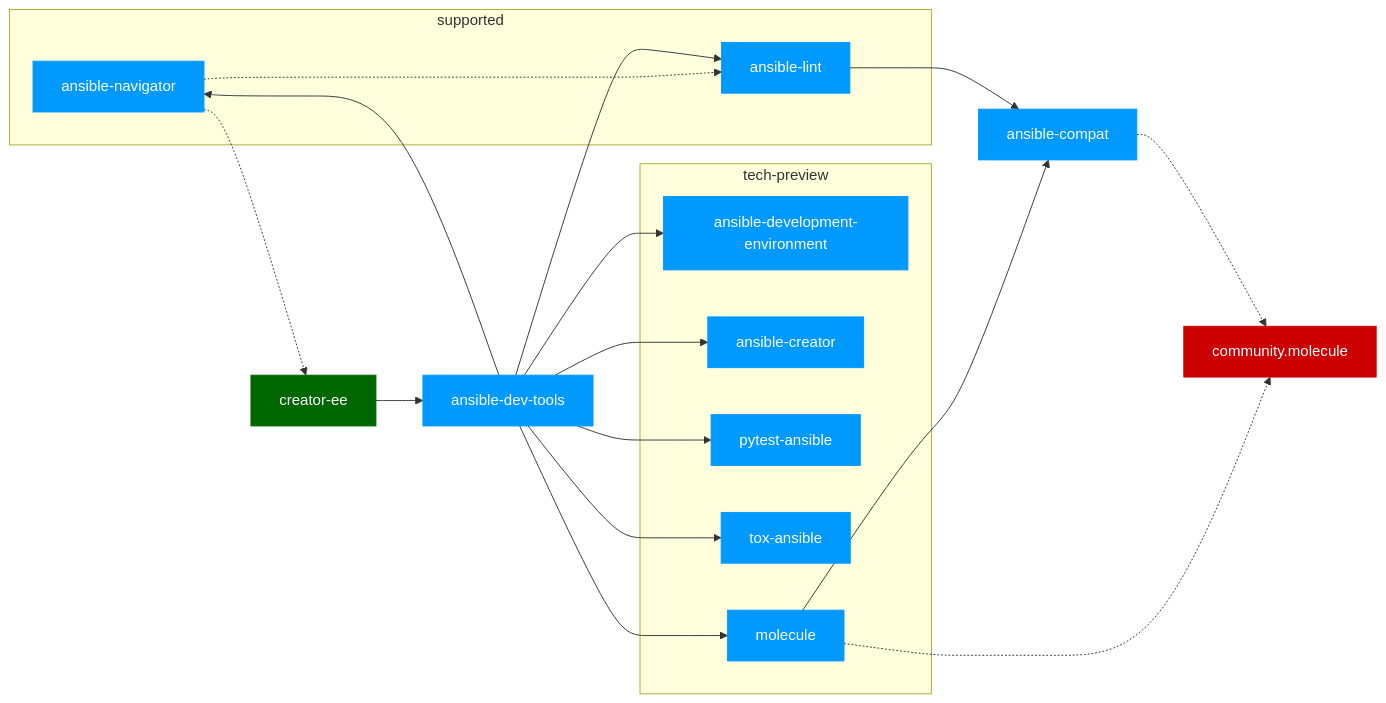
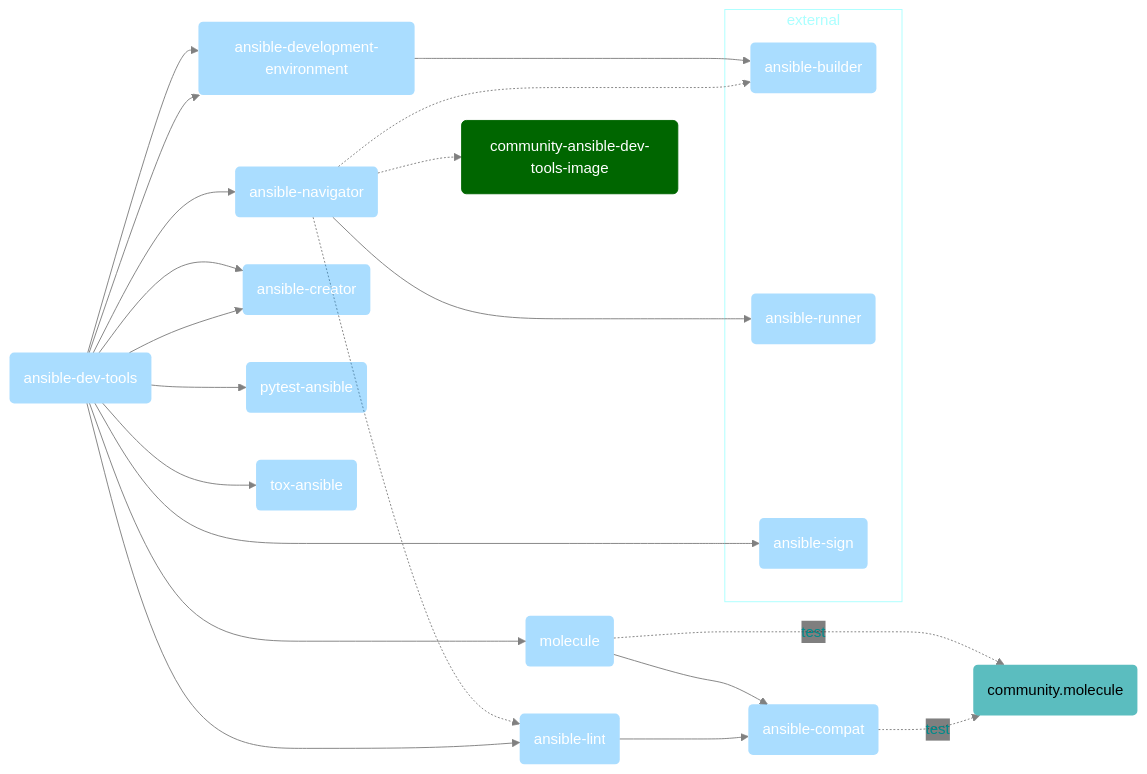
The first of 4 diagrams in README.md (ansible/team-devtools), drawn with Mermaid before and after one commit. The commit also changed other lines of this file and 2 other files, not shown here.

Commit message:
Update list of repositories managed by devtools

````diff
--- a/README.md
+++ b/README.md
@@ -9,64 +14,74 @@
 ```mermaid
-graph LR;
+%%{init: {'theme':'neutral', 'themeVariables': { 'edgeLabelBackground': 'transparent'}}}%%
+graph LR
 
-  classDef tsclass fill:#f90,stroke:#f90,color:#333;
-  classDef containerclass fill:#060,stroke:#060,color:#fff;
-  classDef thirdpartyclass fill:#9f6,stroke:#9f6,color:#333;
-  classDef collectionclass fill:#c00,stroke:#c00,color:#fff;
-  classDef pyclass fill:#09f,stroke:#09f,color:#fff;
+  lint(ansible-lint):::pyclass
+  compat(ansible-compat):::pyclass
+  navigator(ansible-navigator):::pyclass
+  adt(ansible-dev-tools):::pyclass;
+  ade(ansible-development-environment):::pyclass
+  creator(ansible-creator):::pyclass;
+  pytest-ansible(pytest-ansible):::pyclass
+  tox-ansible(tox-ansible):::pyclass
+  molecule(molecule):::pyclass
+  community.molecule(community.molecule):::collectionclass
+  builder(ansible-builder):::pyclass
+  runner(ansible-runner):::pyclass
+  image(community-ansible-dev-tools-image):::containerclass
+  sign(ansible-sign):::pyclass
 
+  classDef tsclass fill:#f90,stroke:#f90,color:#333
+  classDef containerclass fill:#060,stroke:#060,color:#fff
+  classDef collectionclass fill:#5bbdbf,stroke-width:0px
+  classDef pyclass fill:#09f5,stroke:#09f0,color:#fff
+  style external color:#0FF5,fill:#fff0,stroke:#0FF5
+  linkStyle default stroke:grey,text-decoration:none
 
-subgraph supported
-  ansible-lint
-  ansible-navigator
+subgraph external
+  builder
+  runner
+  sign
 end
 
-subgraph tech-preview
-  ansible-development-environment
-  ansible-creator
-  pytest-ansible
-  tox-ansible
-  molecule
-end
+  adt --> lint
+  adt --> navigator
+  adt --> molecule
+  adt --> ade
+  adt --> creator
+  adt --> sign
 
-  creator-ee:::containerclass --> ansible-dev-tools;
+  lint --> compat
+  compat -. test .-> community.molecule
+  molecule --> compat
+  molecule -. test .-> community.molecule:::collectionclass
 
-  ansible-dev-tools --> ansible-lint;
-  ansible-dev-tools --> ansible-navigator;
-  ansible-dev-tools --> molecule;
+  navigator -.-> lint
+  navigator -.-> image
+  navigator --> runner
+  navigator -..-> builder
 
-  ansible-lint --> ansible-compat;
-  ansible-compat -.-> community.molecule;
-  molecule --> ansible-compat;
-  molecule -.-> community.molecule:::collectionclass;
+  adt --> ade;
+  adt --> creator
+  adt --> pytest-ansible
+  adt --> tox-ansible;
 
-  ansible-navigator -.-> ansible-lint;
-  ansible-navigator -.-> creator-ee;
+  ade --> builder;
 
-
-  ansible-dev-tools --> ansible-development-environment;
-  ansible-dev-tools --> ansible-creator;
-  ansible-dev-tools --> pytest-ansible;
-  ansible-dev-tools --> tox-ansible;
-
-  ansible-compat:::pyclass;
-  ansible-creator:::pyclass;
-  ansible-dev-tools:::pyclass;
-  ansible-development-environment:::pyclass;
-  ansible-lint:::pyclass;
-  ansible-navigator:::pyclass;
-  molecule:::pyclass;
-  tox-ansible:::pyclass;
-  pytest-ansible:::pyclass;
-
-  click ansible-development-environment "https://github.com/ansible/ansible-development-environment"
+  click adt "https://github.com/ansible/ansible-dev-tools"
+  click ade "https://github.com/ansible/ansible-development-environment"
+  click runner "https://github.com/ansible/ansible-runner"
+  click builder "https://github.com/ansible/ansible-builder"
   click community.molecule "https://github.com/ansible-collections/community.molecule"
   click molecule href "https://github.com/ansible/molecule"
-  click creator-ee href "https://github.com/ansible/creator-ee"
-  click ansible-lint href "https://github.com/ansible/ansible-lint"
-  click ansible-compat href "https://github.com/ansible/ansible-compat"
-  click ansible-navigator href "https://github.com/ansible/ansible-navigator"
-  click ansible-creator href "https://github.com/ansible/ansible-creator"
+  click image href "#container-image"
+  click ws "https://github.com/ansible/ansible-workspace-env-reference-image"
+  click lint href "https://github.com/ansible/ansible-lint"
+  click compat href "https://github.com/ansible/ansible-compat"
+  click navigator href "https://github.com/ansible/ansible-navigator"
+  click creator href "https://github.com/ansible/ansible-creator"
   click tox-ansible href "https://github.com/ansible/tox-ansible"
   click pytest-ansible href "https://github.com/ansible/pytest-ansible"
+
+  linkStyle 0,1,2,3,4,5,6,7,8,9 color:darkcyan
+
 ```
````
